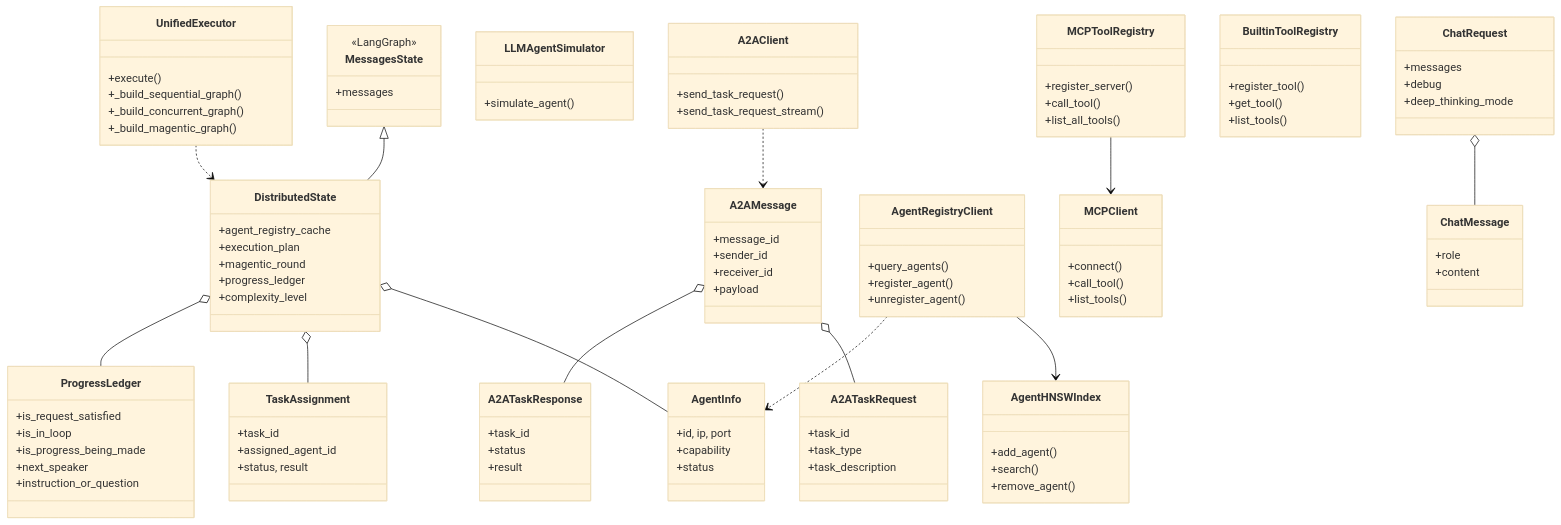
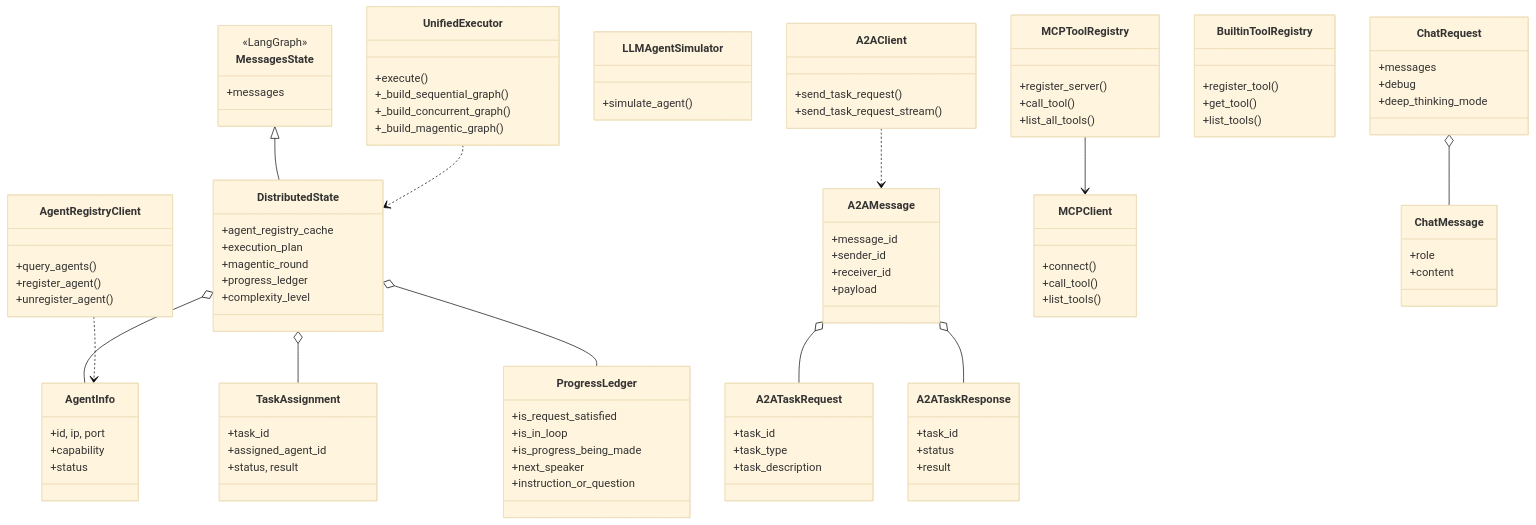
One commit to yezzze/Autonomous-Transportation-System changed the first of 9 diagrams in 接口/类图.md. Above: the diagram before and after it, drawn with Mermaid (base theme). The commit also changed other lines of this file and 39 other files, not shown here.

```diff
--- a/接口/类图.md
+++ b/接口/类图.md
@@ -87,17 +87,10 @@
         +unregister_agent()
     }
     
-    class AgentHNSWIndex {
-        +add_agent()
-        +search()
-        +remove_agent()
-    }
-    
     class LLMAgentSimulator {
         +simulate_agent()
     }
     
-    AgentRegistryClient --> AgentHNSWIndex
     AgentRegistryClient ..> AgentInfo
 
     %% ========== 第四层：编排执行 ==========
```
